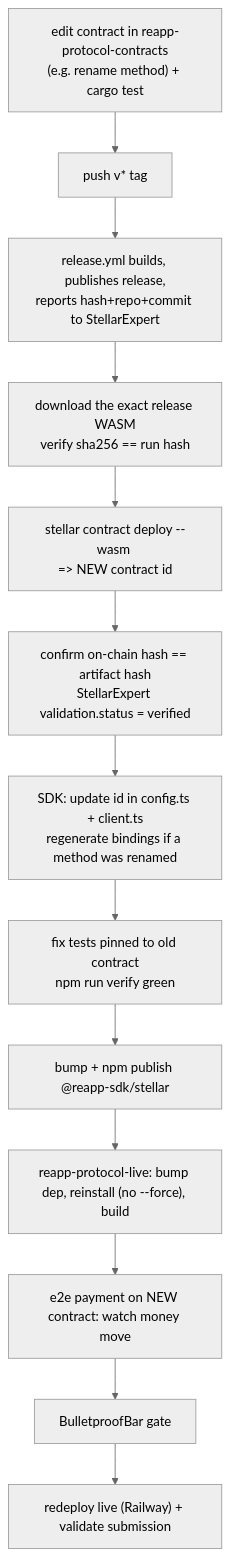
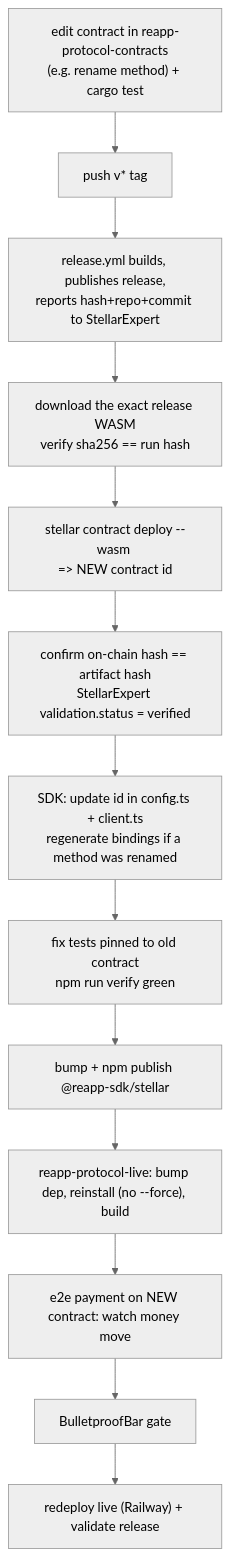
Before and after one commit to reapp-protocol/reapp-protocol: the sixth of 8 diagrams in docs/playbook-testnet.md, drawn with Mermaid (neutral theme). The commit also changed other lines of this file and 37 other files, not shown here.

````diff
--- a/docs/playbook-testnet.md
+++ b/docs/playbook-testnet.md
@@ -701,15 +702,15 @@
 ```mermaid
 flowchart TD
   A["edit contract in reapp-protocol-contracts<br/>(e.g. rename method) + cargo test"] --> B["push v* tag"]
   B --> C["release.yml builds, publishes release,<br/>reports hash+repo+commit to StellarExpert"]
   C --> D["download the exact release WASM<br/>verify sha256 == run hash"]
   D --> E["stellar contract deploy --wasm <artifact><br/>=> NEW contract id"]
   E --> F["confirm on-chain hash == artifact hash<br/>StellarExpert validation.status = verified"]
   F --> G["SDK: update id in config.ts + client.ts<br/>regenerate bindings if a method was renamed"]
   G --> H["fix tests pinned to old contract<br/>npm run verify green"]
   H --> I["bump + npm publish @reapp-sdk/stellar"]
   I --> J["reapp-protocol-live: bump dep, reinstall (no --force), build"]
   J --> K["e2e payment on NEW contract: watch money move"]
   K --> L["BulletproofBar gate"]
-  L --> M["redeploy live (Railway) + validate submission"]
+  L --> M["redeploy live (Railway) + validate release"]
 ```
````
